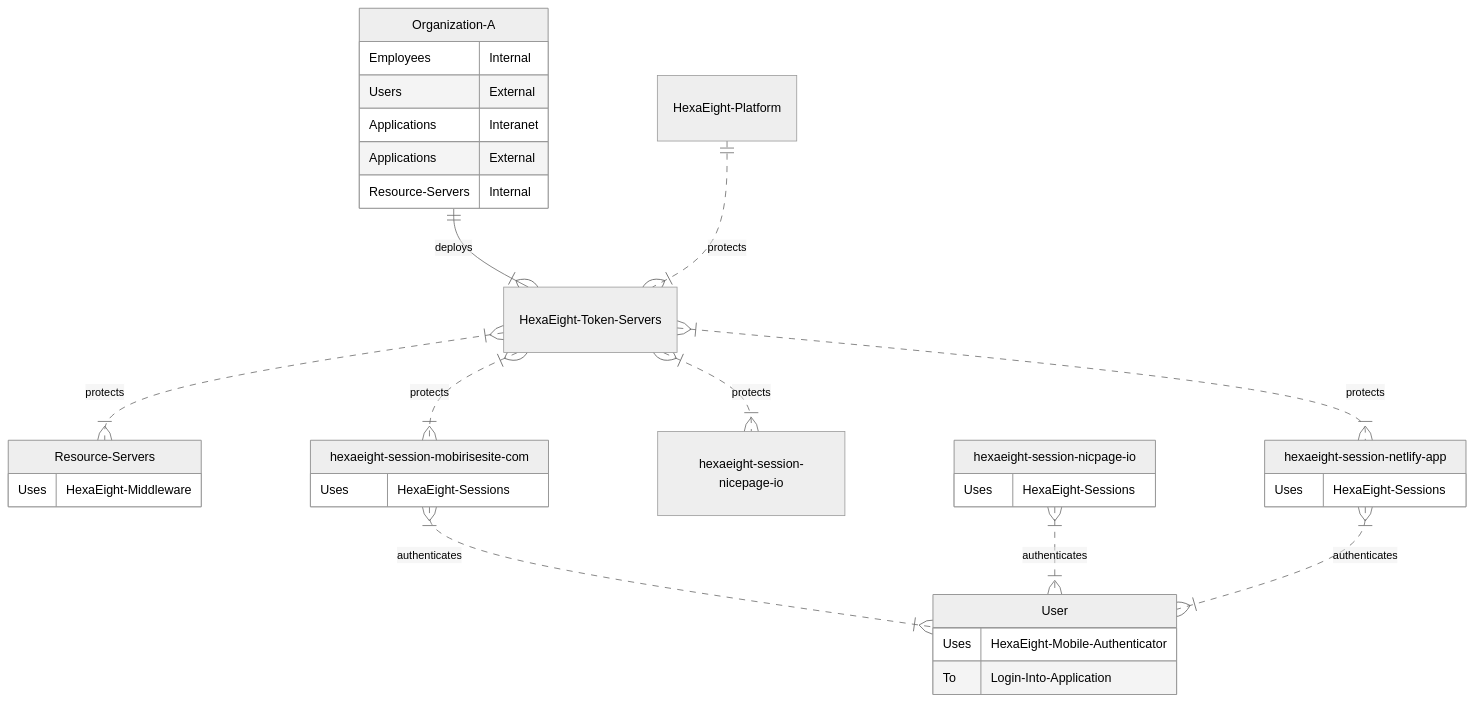
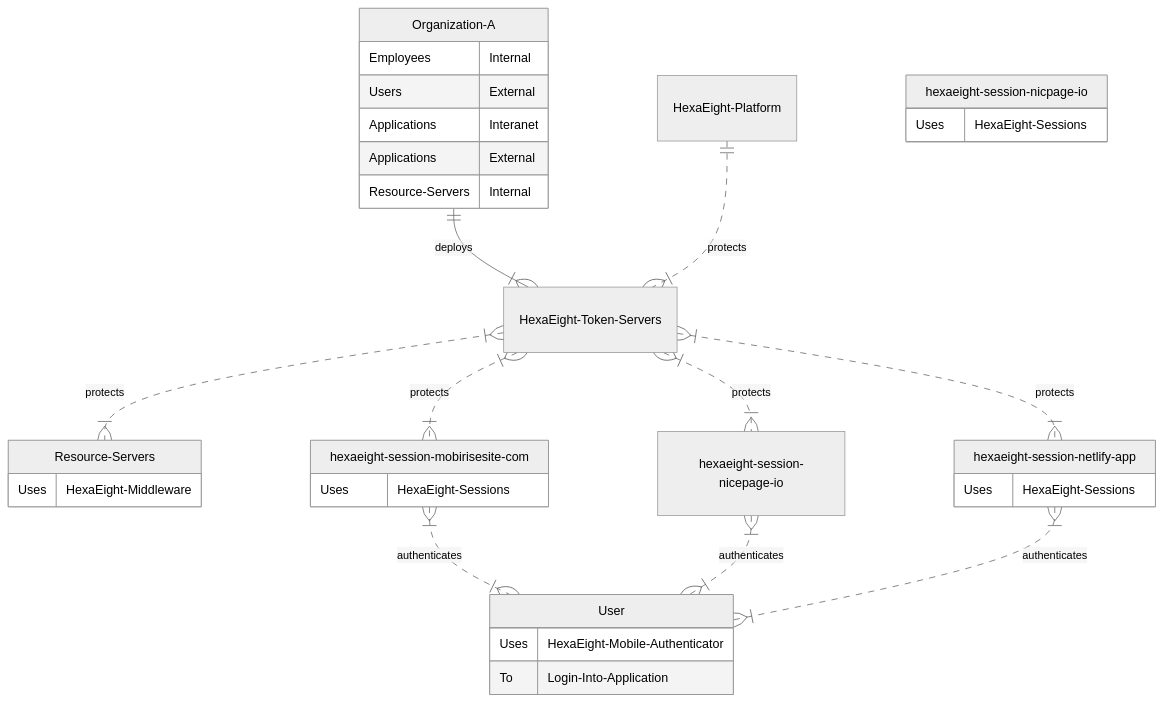
One commit to HexaEightTeam/session-js-spa-https changed the second of 2 diagrams in README.md. Above: the diagram before and after it, drawn with Mermaid (neutral theme).

````diff
--- a/README.md
+++ b/README.md
@@ -82,36 +82,36 @@
 ```mermaid
 erDiagram
     Organization-A ||--|{ HexaEight-Token-Servers : deploys
         Organization-A {
         Employees Internal
         Users External
         Applications Interanet
 	Applications External
 	Resource-Servers Internal
 	}
 	HexaEight-Platform ||..|{ HexaEight-Token-Servers : protects
 	HexaEight-Token-Servers }|..|{ Resource-Servers : protects
         Resource-Servers {
         Uses HexaEight-Middleware
 	}
 	HexaEight-Token-Servers }|..|{ hexaeight-session-mobirisesite-com : protects
         hexaeight-session-mobirisesite-com{
 	Uses HexaEight-Sessions
 	}
 	HexaEight-Token-Servers }|..|{ hexaeight-session-nicepage-io : protects
         hexaeight-session-nicpage-io{
 	Uses HexaEight-Sessions
 	}
 	HexaEight-Token-Servers }|..|{ hexaeight-session-netlify-app : protects
         hexaeight-session-netlify-app{
 	Uses HexaEight-Sessions
 	}
 	hexaeight-session-mobirisesite-com }|..|{ User : authenticates
-	hexaeight-session-nicpage-io }|..|{ User : authenticates
+	hexaeight-session-nicepage-io }|..|{ User : authenticates
 	hexaeight-session-netlify-app }|..|{ User : authenticates
 	User{
 	Uses HexaEight-Mobile-Authenticator
 	To   Login-Into-Application
 	}
 
 ```
````
